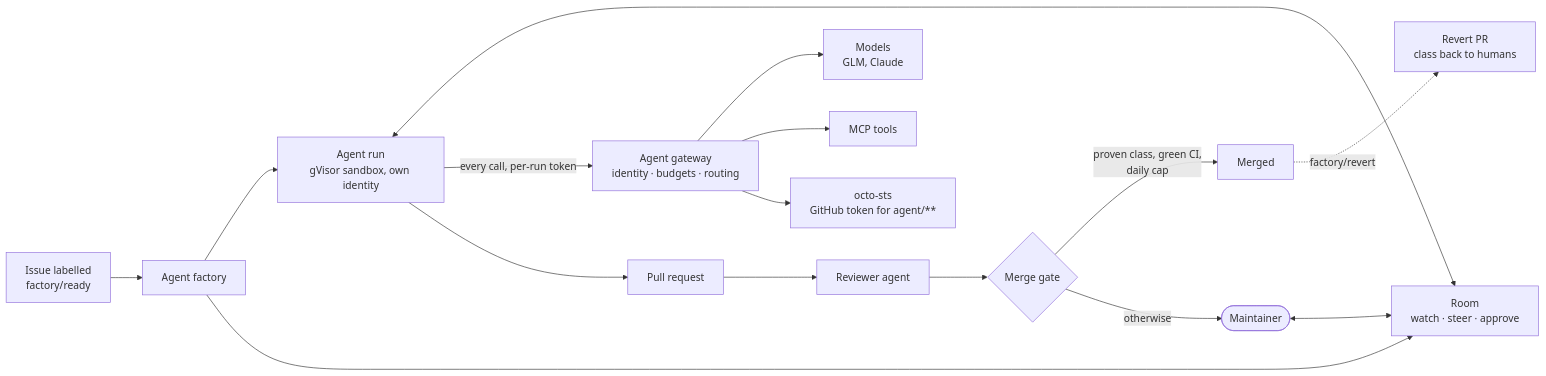
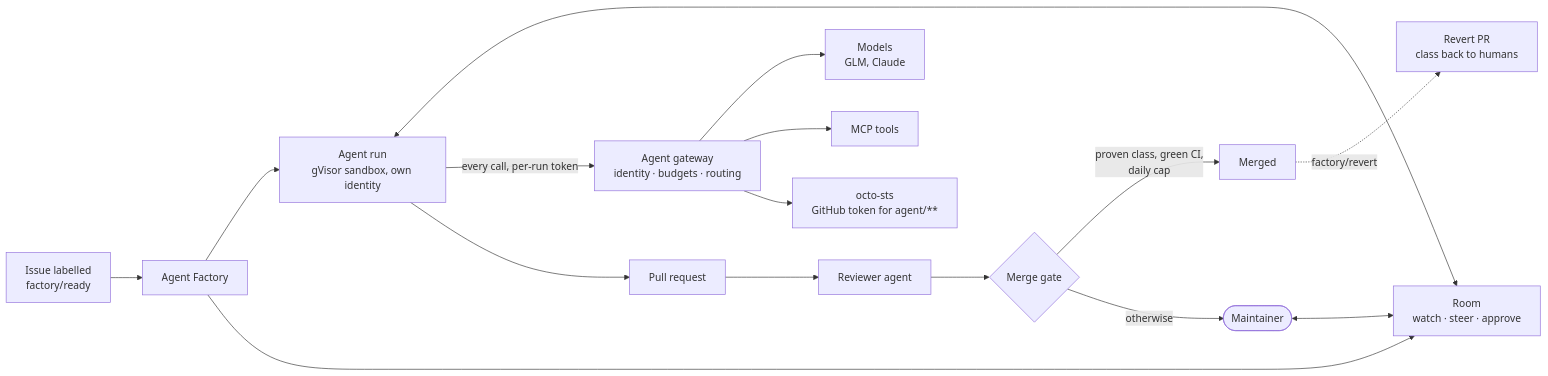
Before and after one commit to Smana/ai-native-ref: the diagram in README.md, drawn with Mermaid. The commit also changed other lines of this file and 38 other files, not shown here.

First line of the commit message:
docs: Maku v0.30.0 names across live pages, runbooks and diagrams; the Agent Factory keeps its name (#211)

````diff
--- a/README.md
+++ b/README.md
@@ -69,16 +69,16 @@
 ```mermaid
 flowchart LR
-  issue["Issue labelled<br/>factory/ready"] --> factory["Agent factory"]
+  issue["Issue labelled<br/>factory/ready"] --> factory["Agent Factory"]
   factory --> run["Agent run<br/>gVisor sandbox, own identity"]
   factory --> room["Room<br/>watch · steer · approve"]
   human(["Maintainer"]) <--> room
   run <--> room
   run -->|"every call, per-run token"| gw["Agent gateway<br/>identity · budgets · routing"]
   gw --> models["Models<br/>GLM, Claude"]
   gw --> tools["MCP tools"]
   gw --> sts["octo-sts<br/>GitHub token for agent/**"]
   run --> pr["Pull request"] --> review["Reviewer agent"] --> gate{"Merge gate"}
   gate -->|"proven class, green CI,<br/>daily cap"| merged["Merged"]
   gate -->|"otherwise"| human
   merged -.->|"factory/revert"| revert["Revert PR<br/>class back to humans"]
 ```
````
